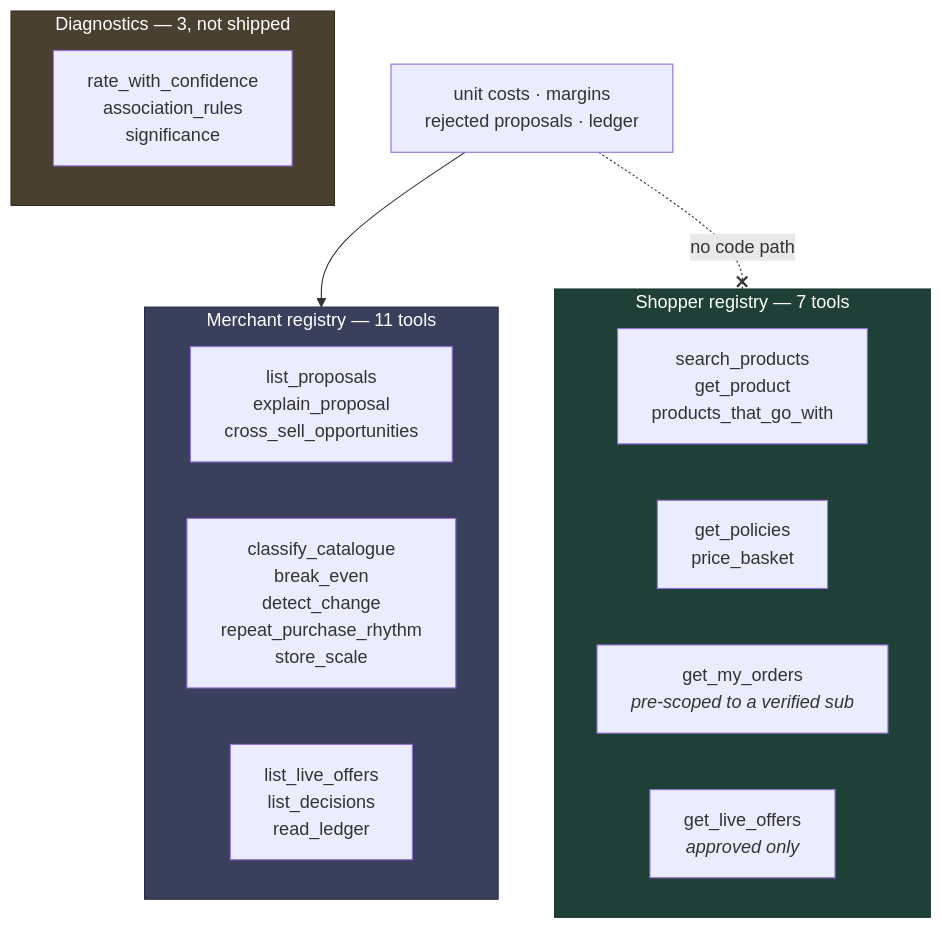
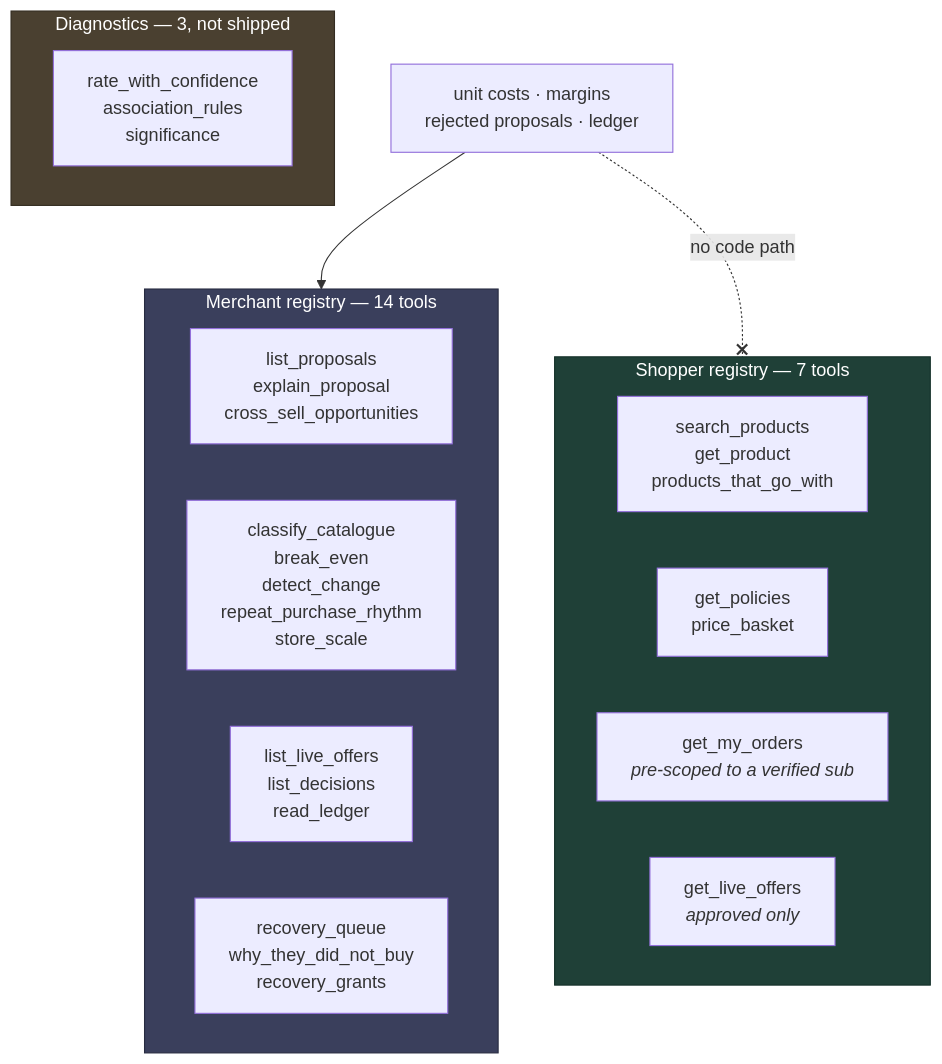
Before and after one commit to supersanchayrx/RazorPay-Buildathon: the third of 7 diagrams in README.md, drawn with Mermaid. The commit also changed other lines of this file and 45 other files, not shown here.

````diff
--- a/README.md
+++ b/README.md
@@ -142,29 +142,30 @@
 ```mermaid
 flowchart TB
     subgraph shopper ["Shopper registry — 7 tools"]
         direction LR
         S1["search_products<br/>get_product<br/>products_that_go_with"]
         S2["get_policies<br/>price_basket"]
         S3["get_my_orders<br/><i>pre-scoped to a verified sub</i>"]
         S4["get_live_offers<br/><i>approved only</i>"]
     end
 
-    subgraph merchant ["Merchant registry — 11 tools"]
+    subgraph merchant ["Merchant registry — 14 tools"]
         direction LR
         M1["list_proposals<br/>explain_proposal<br/>cross_sell_opportunities"]
         M2["classify_catalogue<br/>break_even<br/>detect_change<br/>repeat_purchase_rhythm<br/>store_scale"]
         M3["list_live_offers<br/>list_decisions<br/>read_ledger"]
+        M4["recovery_queue<br/>why_they_did_not_buy<br/>recovery_grants"]
     end
 
     subgraph diag ["Diagnostics — 3, not shipped"]
         D1["rate_with_confidence<br/>association_rules<br/>significance"]
     end
 
     COST["unit costs · margins<br/>rejected proposals · ledger"]
     COST --> merchant
     COST -. "no code path" .-x shopper
 
     style shopper fill:#1f4037,stroke:#143029,color:#fff
     style merchant fill:#3a3f5c,stroke:#272b40,color:#fff
     style diag fill:#4a4030,stroke:#332c21,color:#fff
 ```
````
